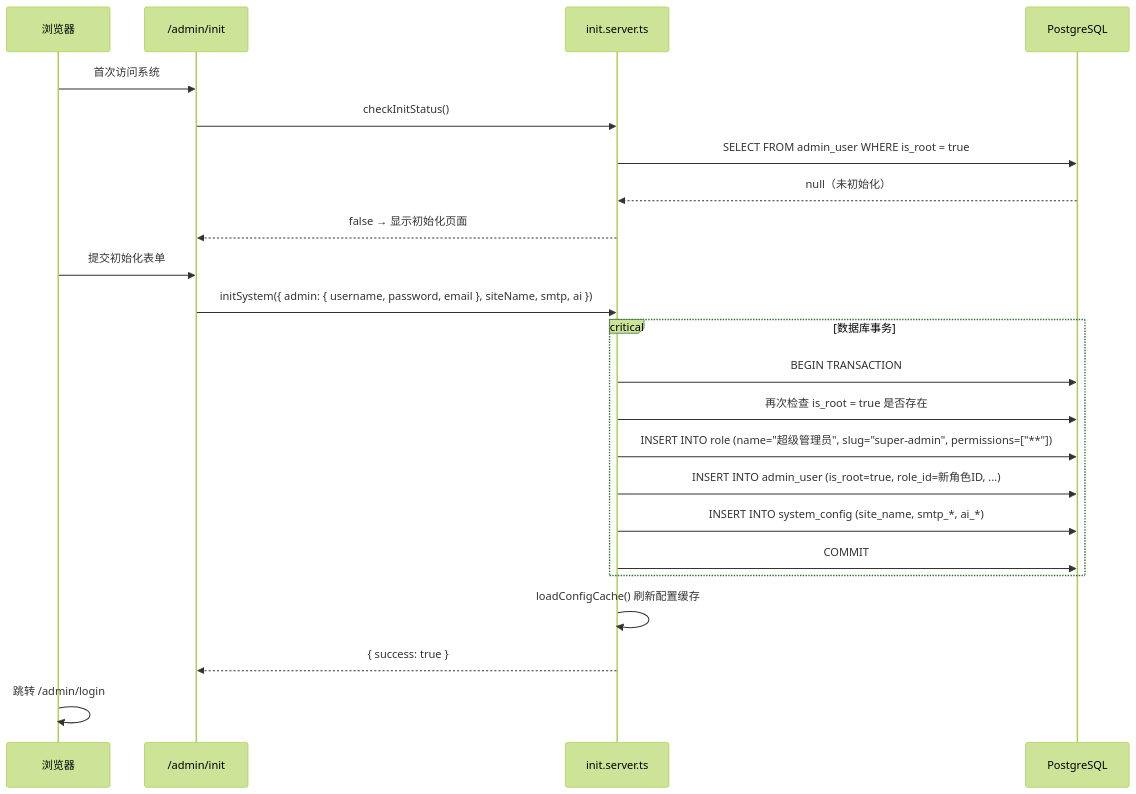
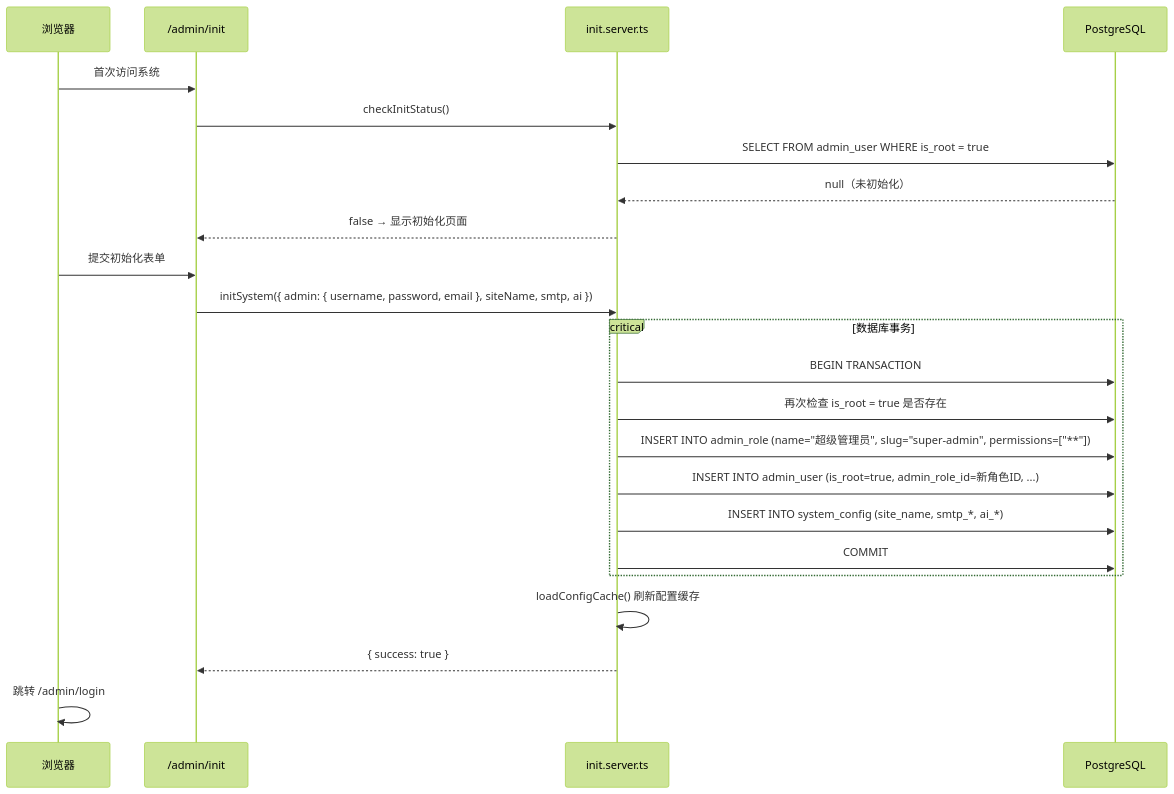
The ninth of 10 diagrams in docs/auth-permission-model.md (easyx-dev/fsdx), drawn with Mermaid (forest theme) before and after one commit. The commit also changed other lines of this file and 11 other files, not shown here.

````diff
--- a/docs/auth-permission-model.md
+++ b/docs/auth-permission-model.md
@@ -471,29 +471,29 @@
 ```mermaid
 sequenceDiagram
     participant Browser as 浏览器
     participant InitPage as /admin/init
     participant InitServer as init.server.ts
     participant DB as PostgreSQL
 
     Browser->>InitPage: 首次访问系统
     InitPage->>InitServer: checkInitStatus()
     InitServer->>DB: SELECT FROM admin_user WHERE is_root = true
     DB-->>InitServer: null（未初始化）
     InitServer-->>InitPage: false → 显示初始化页面
 
     Browser->>InitPage: 提交初始化表单
     InitPage->>InitServer: initSystem({ admin: { username, password, email }, siteName, smtp, ai })
 
     critical 数据库事务
         InitServer->>DB: BEGIN TRANSACTION
         InitServer->>DB: 再次检查 is_root = true 是否存在
-        InitServer->>DB: INSERT INTO role (name="超级管理员", slug="super-admin", permissions=["**"])
-        InitServer->>DB: INSERT INTO admin_user (is_root=true, role_id=新角色ID, ...)
+        InitServer->>DB: INSERT INTO admin_role (name="超级管理员", slug="super-admin", permissions=["**"])
+        InitServer->>DB: INSERT INTO admin_user (is_root=true, admin_role_id=新角色ID, ...)
         InitServer->>DB: INSERT INTO system_config (site_name, smtp_*, ai_*)
         InitServer->>DB: COMMIT
     end
 
     InitServer->>InitServer: loadConfigCache() 刷新配置缓存
     InitServer-->>InitPage: { success: true }
     Browser->>Browser: 跳转 /admin/login
 ```
````
